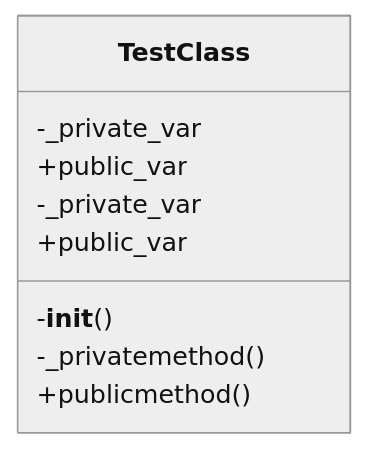
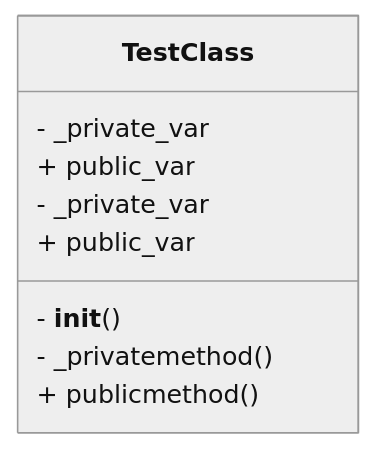
The first of 2 diagrams in UML-Diagram.md (FabianGnatzig/MermaidGenerator), drawn with Mermaid (neutral theme) before and after one commit. The commit also changed other lines of this file and 3 other files, not shown here.

````diff
--- a/UML-Diagram.md
+++ b/UML-Diagram.md
@@ -3,11 +3,12 @@
 ```mermaid
 classDiagram
-    class TestClass
-    TestClass : -_private_var
-    TestClass : +public_var
-    TestClass : -_private_var
-    TestClass : +public_var
-    TestClass : -__init__()
-    TestClass : -_privatemethod()
-    TestClass : +publicmethod()
+    class TestClass {
+- _private_var
++ public_var
+- _private_var
++ public_var
+- __init__()
+- _privatemethod()
++ publicmethod()
+}
 ```
````
